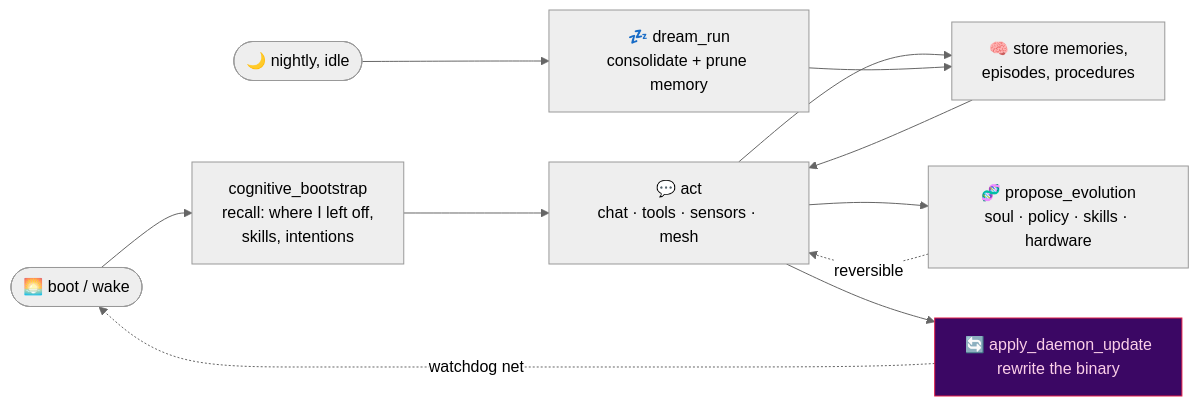
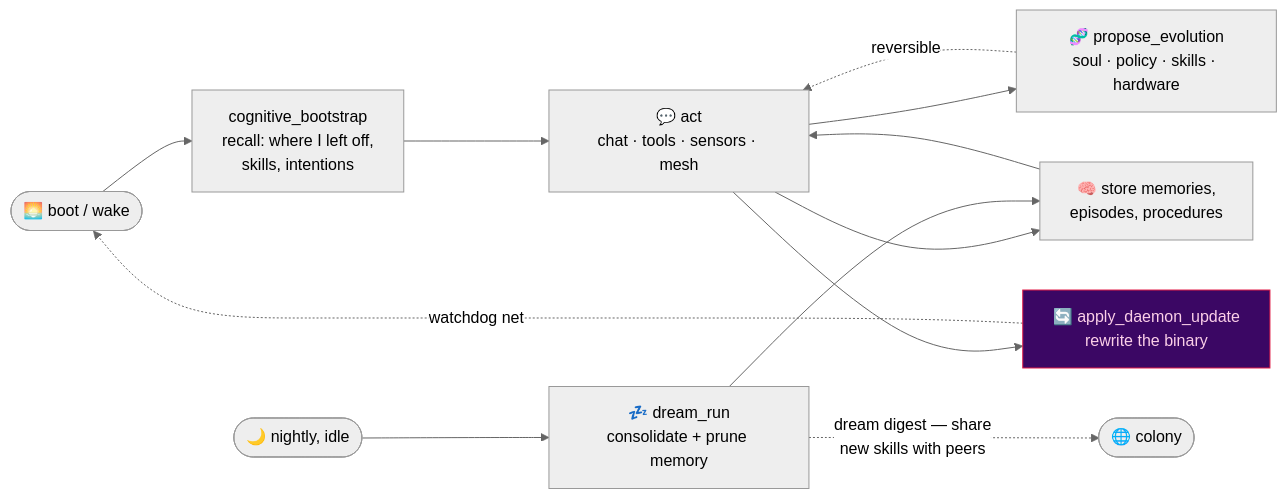
Before and after one commit to buckster123/ApexOS-RS: the third of 5 diagrams in README.md, drawn with Mermaid (neutral theme). The commit also changed other lines of this file and 3 other files, not shown here.

````diff
--- a/README.md
+++ b/README.md
@@ -122,14 +125,15 @@
 ```mermaid
 flowchart LR
     boot(["🌅 boot / wake"]) --> prime["cognitive_bootstrap<br/>recall: where I left off,<br/>skills, intentions"]
     prime --> act["💬 act<br/>chat · tools · sensors · mesh"]
     act --> remember["🧠 store memories,<br/>episodes, procedures"]
     remember --> act
     act --> evolve["🧬 propose_evolution<br/>soul · policy · skills · hardware"]
     evolve -. reversible .-> act
     act --> selfupd["🔄 apply_daemon_update<br/>rewrite the binary"]
     selfupd -. watchdog net .-> boot
     night(["🌙 nightly, idle"]) --> dream["💤 dream_run<br/>consolidate + prune memory"]
     dream --> remember
+    dream -. "dream digest — share<br/>new skills with peers" .-> colony(["🌐 colony"])
     style selfupd fill:#3b0764,stroke:#e11d48,color:#fbcfe8
 ```
````
